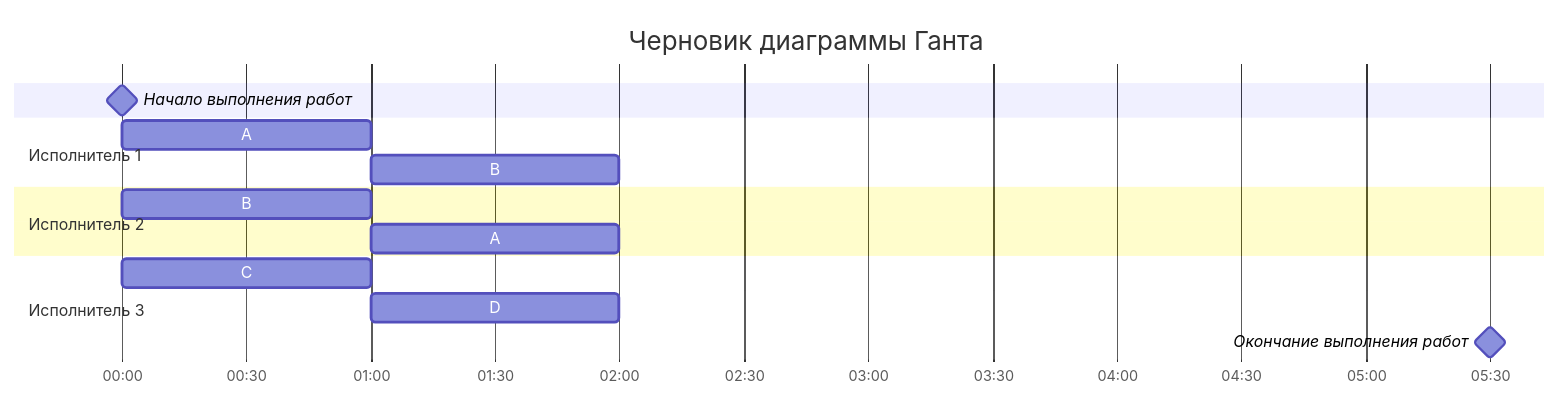
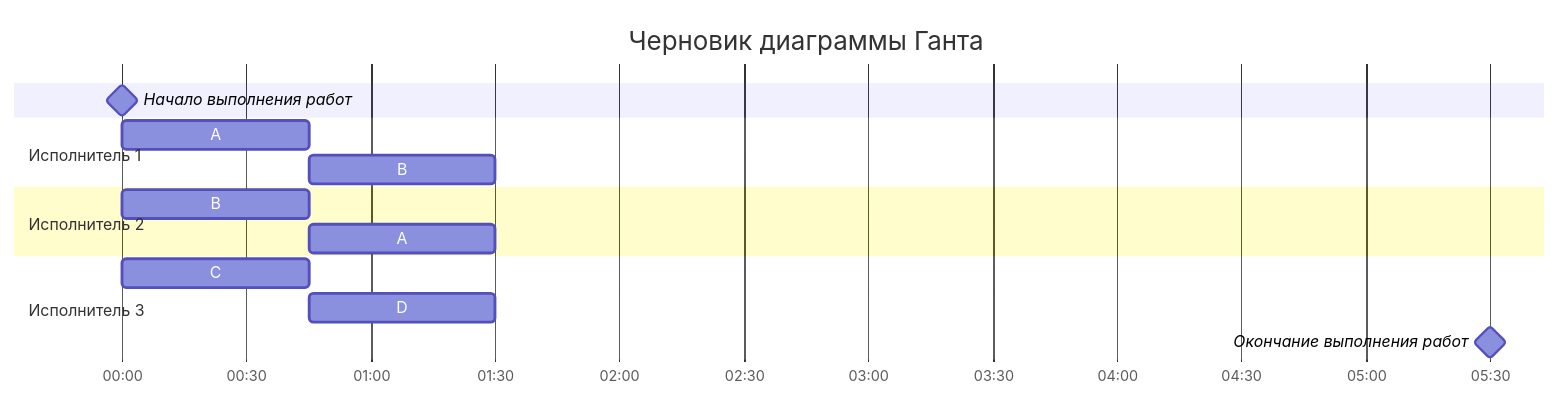
One commit to algos-ris-24-3/manual-tasks changed the first of 3 diagrams in Задание 5/syndicate.md. Above: the diagram before and after it, drawn with Mermaid. The commit also changed other lines of this file, not shown here.

````diff
--- a/Задание 5/syndicate.md
+++ b/Задание 5/syndicate.md
@@ -56,17 +60,17 @@
 ```mermaid
 gantt
     title Черновик диаграммы Ганта
     dateFormat DD HH:mm    
     axisFormat %H:%M
     Начало выполнения работ : milestone, m1, 01 00:00, 0h
     section Исполнитель 1
-    A         :a1, 01 00:00, 1h
-    B         :a2, after a1, 1h
+    A         :a1, 01 00:00, 0.75h
+    B         :a2, after a1, 0.75h
     section Исполнитель 2
-    B         :b1, 01 00:00, 1h
-    A         :b2, after b1, 1h
+    B         :b1, 01 00:00, 0.75h
+    A         :b2, after b1, 0.75h
     section Исполнитель 3
-    C         :c1, 01 00:00, 1h
-    D         :c2, after b1, 1h
+    C         :c1, 01 00:00, 0.75h
+    D         :c2, after b1, 0.75h
     Окончание выполнения работ : milestone, m2, 01 05:30, 0h
 ```
````
